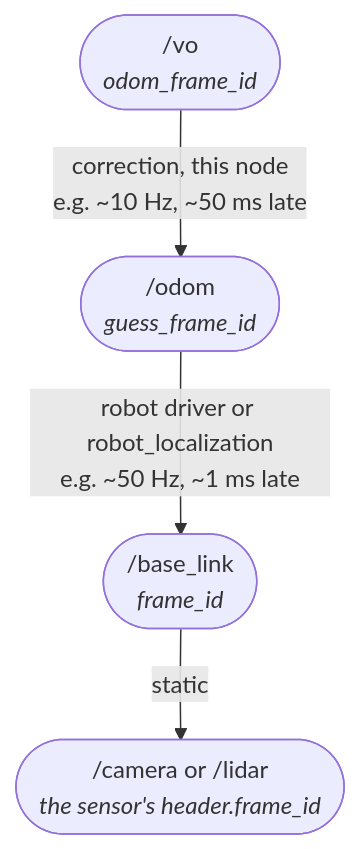
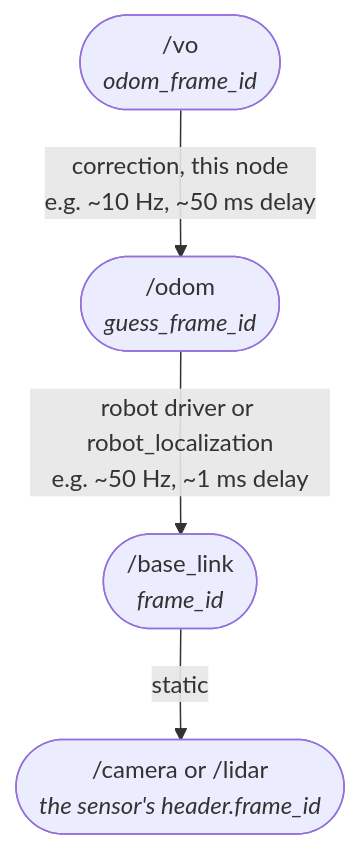
Before and after one commit to introlab/rtabmap_ros: the diagram in rtabmap_odom/README.md, drawn with Mermaid.

````diff
--- a/rtabmap_odom/README.md
+++ b/rtabmap_odom/README.md
@@ -142,10 +142,10 @@
 ```mermaid
 flowchart TD
     ODOM(["/vo<br><i>odom_frame_id</i>"])
     GUESS(["/odom<br><i>guess_frame_id</i>"])
     BASE(["/base_link<br><i>frame_id</i>"])
     SENSOR(["/camera or /lidar<br><i>the sensor's header.frame_id</i>"])
-    ODOM -->|correction, this node<br>e.g. ~10 Hz, ~50 ms late| GUESS
-    GUESS -->|robot driver or robot_localization<br>e.g. ~50 Hz, ~1 ms late| BASE
+    ODOM -->|correction, this node<br>e.g. ~10 Hz, ~50 ms delay| GUESS
+    GUESS -->|robot driver or robot_localization<br>e.g. ~50 Hz, ~1 ms delay| BASE
     BASE -->|static| SENSOR
 ```
````
